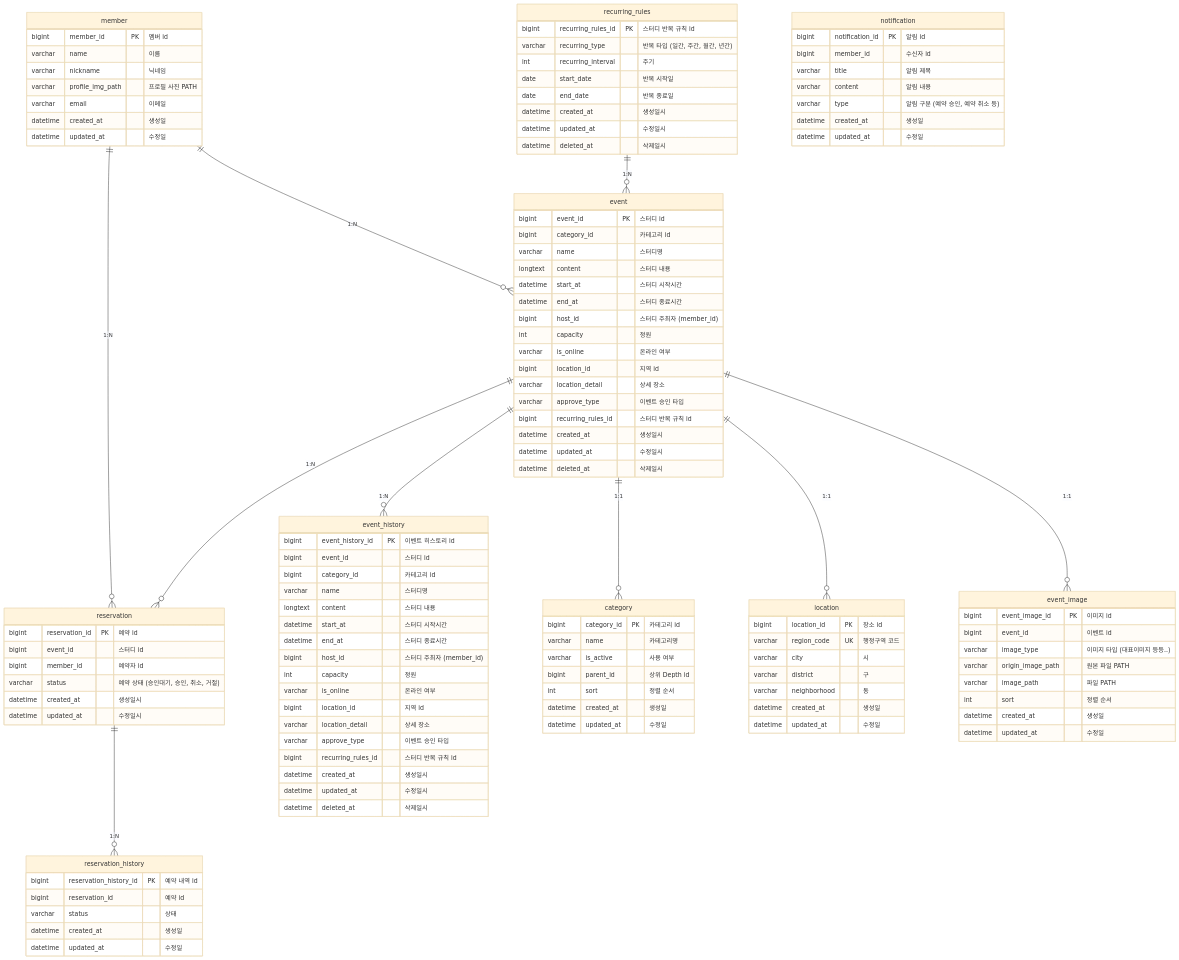
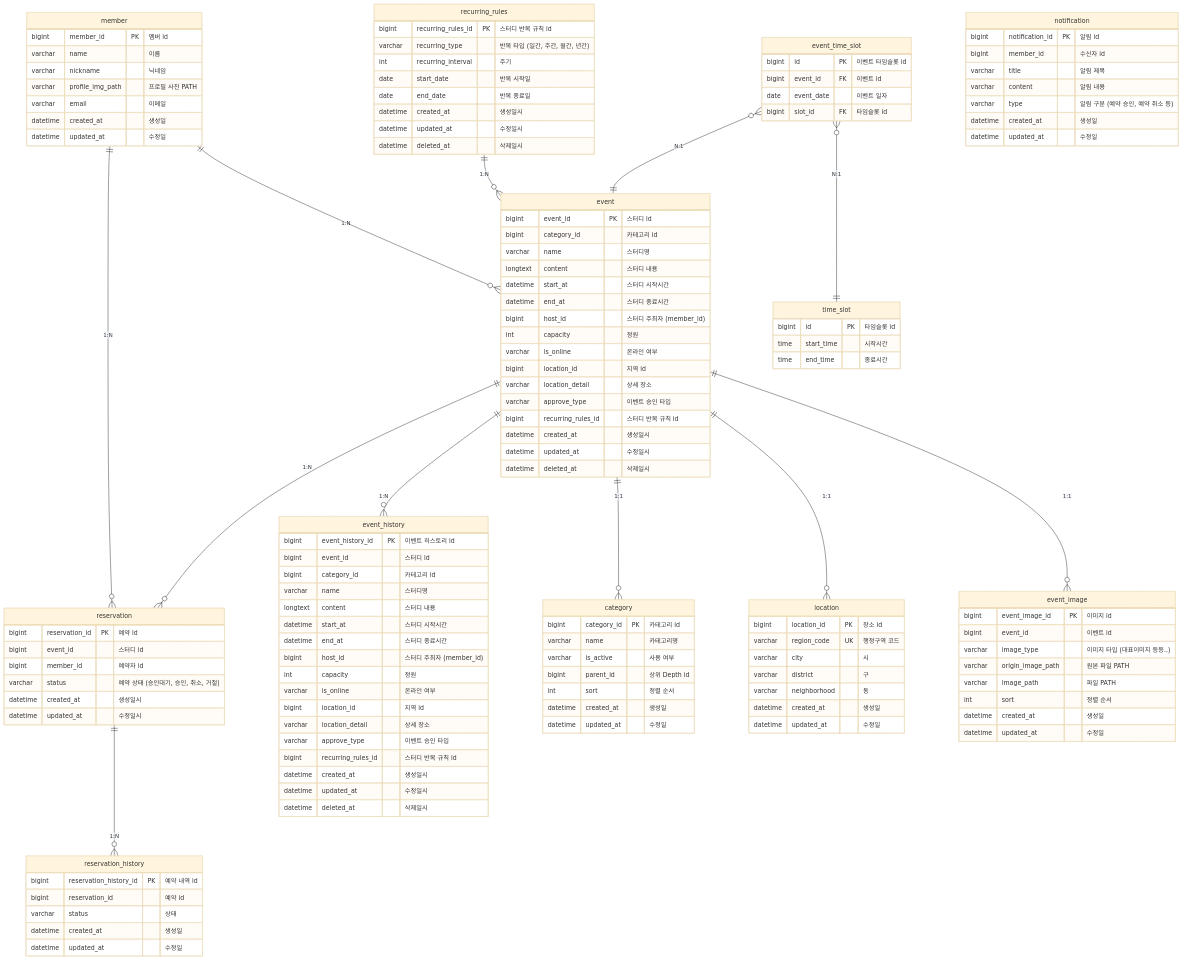
The diagram in docs/er-diagram.md (mozziroom/mozziroom-backend), drawn with Mermaid (base theme) before and after one commit.

```diff
--- a/docs/er-diagram.md
+++ b/docs/er-diagram.md
@@ -11,6 +11,21 @@
 event ||--o{ category : "1:1"
 event ||--o{ location : "1:1"
 event ||--o{ event_image : "1:1"
+event_time_slot }o--|| event : "N:1"
+event_time_slot }o--|| time_slot : "N:1"
+ 	
+time_slot {
+        bigint id PK "타임슬롯 id"
+        time   start_time "시작시간"
+        time   end_time "종료시간"
+}
+
+event_time_slot {
+        bigint id PK "이벤트 타임슬롯 id"
+        bigint event_id FK "이벤트 id"
+        date   event_date "이벤트 일자"
+        bigint slot_id FK "타임슬롯 id"
+}
 
 %% 멤버
 member {
```
